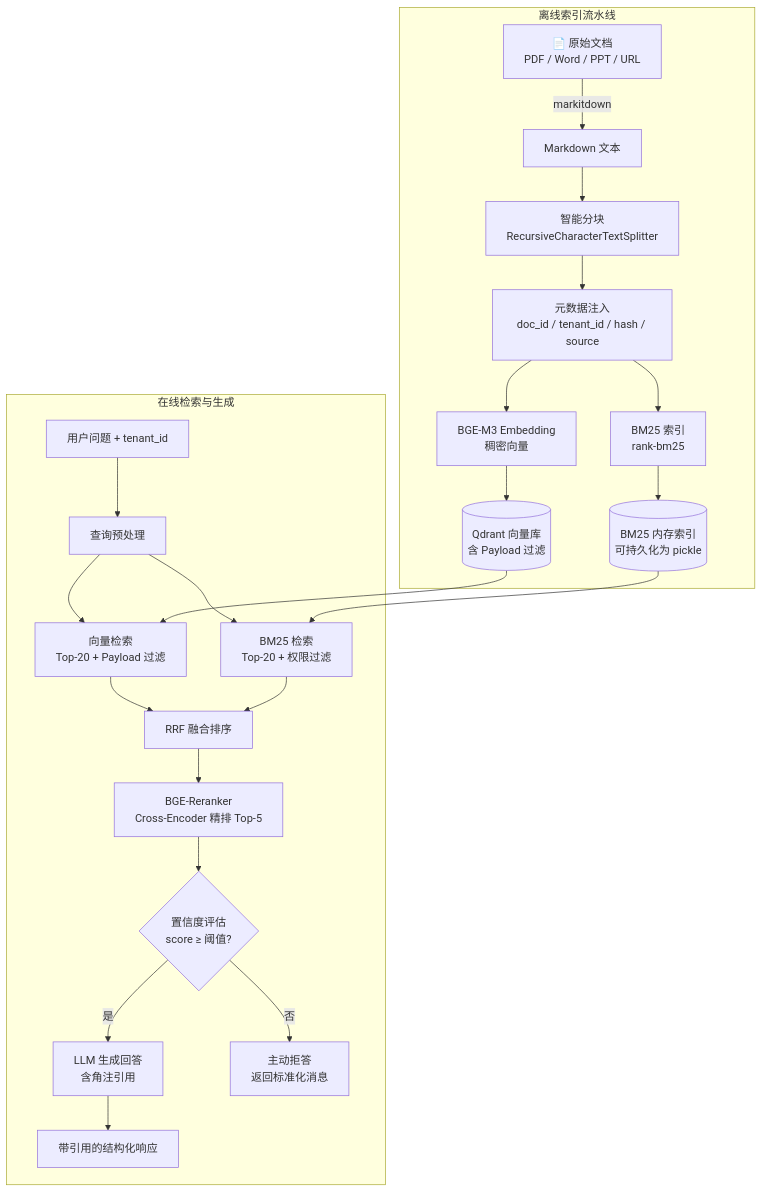
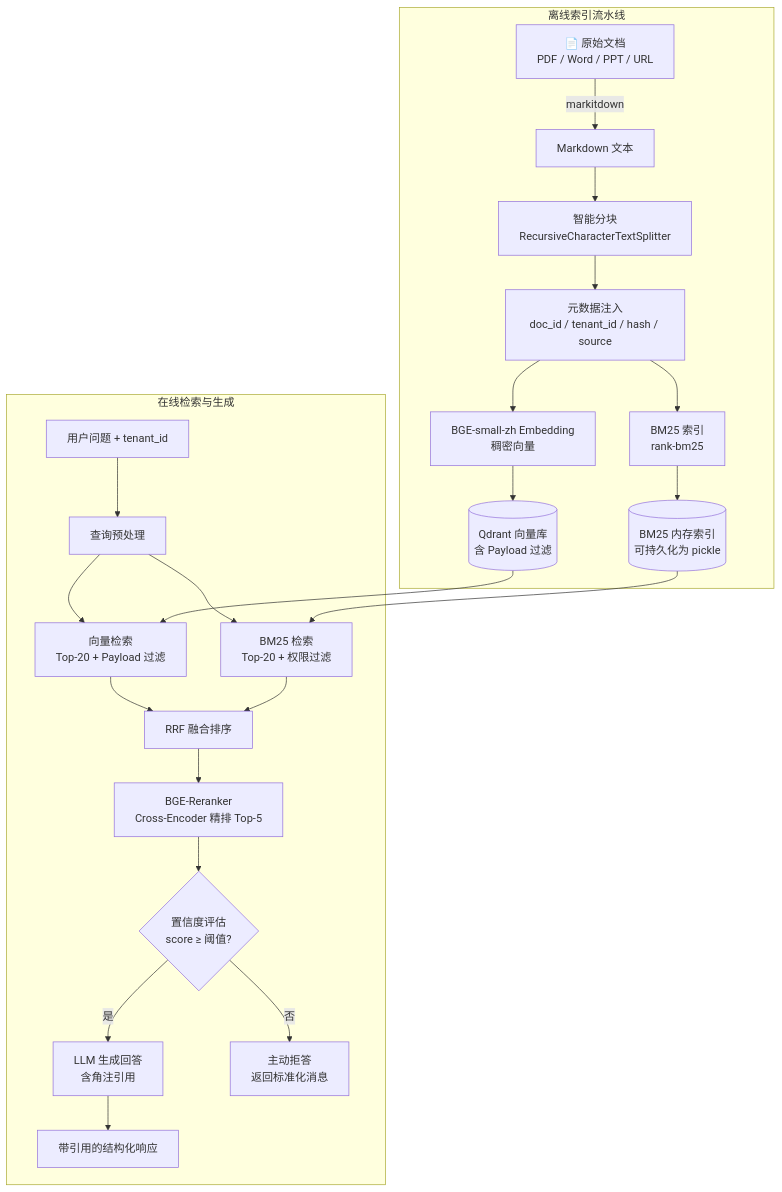
The diagram in docs/AI Agent 与大模型应用开发实战手册/第七章 垂直场景实战项目/7.2 项目二：企业知识库智能问答.md (swf2020/AI-Agent-in-Practice), drawn with Mermaid before and after one commit. The commit also changed other lines of this file and 40 other files, not shown here.

````diff
--- a/docs/AI Agent 与大模型应用开发实战手册/第七章 垂直场景实战项目/7.2 项目二：企业知识库智能问答.md
+++ b/docs/AI Agent 与大模型应用开发实战手册/第七章 垂直场景实战项目/7.2 项目二：企业知识库智能问答.md
@@ -19,28 +19,28 @@
 ```mermaid
 graph TD
     subgraph 离线索引流水线
         A[📄 原始文档<br/>PDF / Word / PPT / URL] -->|markitdown| B[Markdown 文本]
         B --> C[智能分块<br/>RecursiveCharacterTextSplitter]
         C --> D[元数据注入<br/>doc_id / tenant_id / hash / source]
-        D --> E1[BGE-M3 Embedding<br/>稠密向量]
+        D --> E1[BGE-small-zh Embedding<br/>稠密向量]
         D --> E2[BM25 索引<br/>rank-bm25]
         E1 --> F[(Qdrant 向量库<br/>含 Payload 过滤)]
         E2 --> G[(BM25 内存索引<br/>可持久化为 pickle)]
     end
 
     subgraph 在线检索与生成
         H[用户问题 + tenant_id] --> I[查询预处理]
         I --> J1[向量检索<br/>Top-20 + Payload 过滤]
         I --> J2[BM25 检索<br/>Top-20 + 权限过滤]
         J1 --> K[RRF 融合排序]
         J2 --> K
         K --> L[BGE-Reranker<br/>Cross-Encoder 精排 Top-5]
         L --> M{置信度评估<br/>score ≥ 阈值?}
         M -->|是| N[LLM 生成回答<br/>含角注引用]
         M -->|否| O[主动拒答<br/>返回标准化消息]
         N --> P[带引用的结构化响应]
     end
 
     F --> J1
     G --> J2
 ```
````
